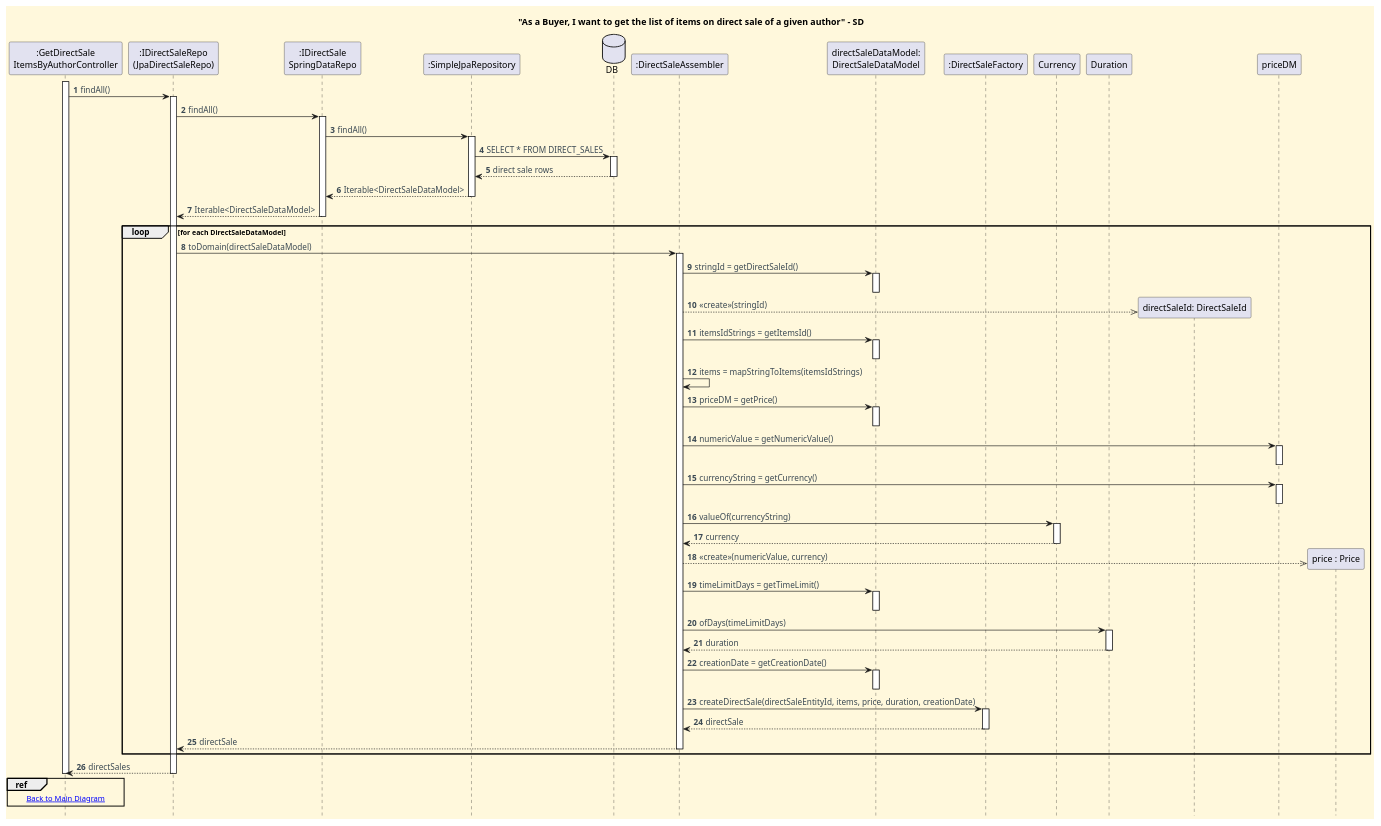
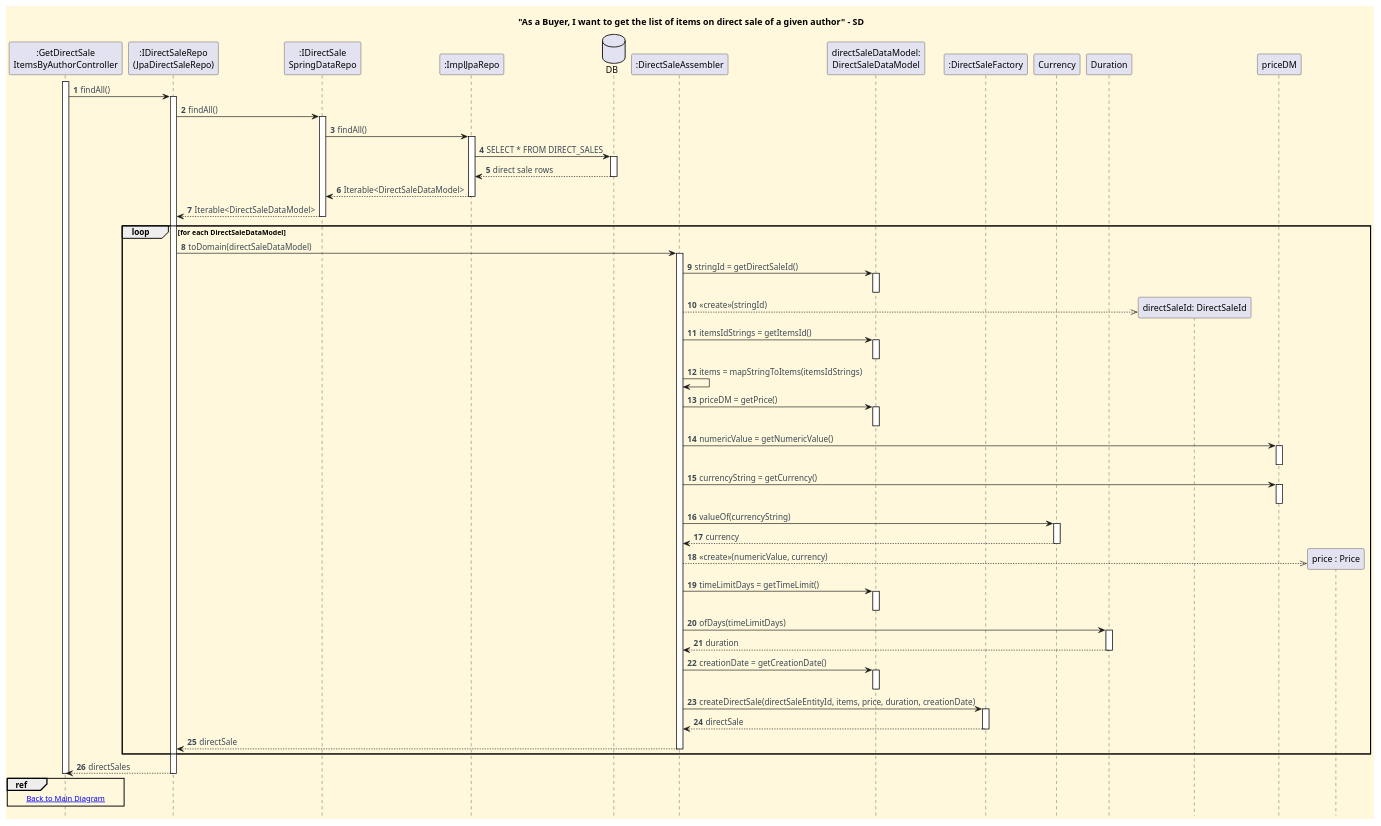
The diagram in docs/functionalities/buyer/get-list-of-items-on-direct-sale-of-given-author/sd-ref-diagrams/Get_DirectSale_Items.puml (CarolinaLeite-collab/JavaMarketplacePlatform), drawn with PlantUML before and after one commit. The commit also changed 4 other files, not shown here.

Commit message:
docs: adds to update direct sale SDs and add repository reference diagrams (#688)

```diff
--- a/docs/functionalities/buyer/get-list-of-items-on-direct-sale-of-given-author/sd-ref-diagrams/Get_DirectSale_Items.puml
+++ b/docs/functionalities/buyer/get-list-of-items-on-direct-sale-of-given-author/sd-ref-diagrams/Get_DirectSale_Items.puml
@@ -1,116 +1,116 @@
 @startuml
 title "As a Buyer, I want to get the list of items on direct sale of a given author" - SD
 
 skinparam monochrome false
 skinparam shadowing false
 skinparam defaultFontName Futura
 skinparam objectFontSize 20
 skinparam backgroundColor CornSilk
 skinparam objectBackgroundColor WhiteSmoke
 skinparam noteBackgroundColor #FFFFE0
 skinparam ArrowFontColor #3B4953
 skinparam ActivationBackgroundColor black
 hidefootbox
 autonumber
 
 participant ":GetDirectSale\nItemsByAuthorController" as CTL
 participant ":IDirectSaleRepo\n(JpaDirectSaleRepo)" as JpaRepo
 participant ":IDirectSale\nSpringDataRepo" as SpringRepo
-participant ":SimpleJpaRepository" as JpaImpl
+participant ":ImplJpaRepo" as JpaImpl
 database "DB" as DB
 participant ":DirectSaleAssembler" as Ass
 participant "directSaleDataModel:\nDirectSaleDataModel" as directSaleDataModel
 participant ":DirectSaleFactory" as factory
 participant "Currency" as Currency
 participant "Duration" as Duration
 
 activate CTL
 
 CTL -> JpaRepo : findAll()
 activate JpaRepo
 
 JpaRepo -> SpringRepo : findAll()
 activate SpringRepo
 
 SpringRepo -> JpaImpl : findAll()
 activate JpaImpl
 
 JpaImpl -> DB : SELECT * FROM DIRECT_SALES
 activate DB
 DB --> JpaImpl : direct sale rows
 deactivate DB
 
 JpaImpl --> SpringRepo : Iterable<DirectSaleDataModel>
 deactivate JpaImpl
 
 SpringRepo --> JpaRepo : Iterable<DirectSaleDataModel>
 deactivate SpringRepo
 
 loop for each DirectSaleDataModel
     JpaRepo -> Ass : toDomain(directSaleDataModel)
     activate Ass
 
     Ass -> directSaleDataModel : stringId = getDirectSaleId()
     activate directSaleDataModel
     deactivate directSaleDataModel
 
     create "directSaleId: DirectSaleId"
     Ass -->> "directSaleId: DirectSaleId" : <<create>>(stringId)
 
     Ass -> directSaleDataModel : itemsIdStrings = getItemsId()
     activate directSaleDataModel
     deactivate directSaleDataModel
 
     Ass -> Ass : items = mapStringToItems(itemsIdStrings)
 
     Ass -> directSaleDataModel : priceDM = getPrice()
     activate directSaleDataModel
     deactivate directSaleDataModel
 
     Ass -> priceDM : numericValue = getNumericValue()
     activate priceDM
     deactivate priceDM
 
     Ass -> priceDM : currencyString = getCurrency()
     activate priceDM
     deactivate priceDM
 
     Ass -> Currency : valueOf(currencyString)
     activate Currency
     Currency --> Ass : currency
     deactivate Currency
 
     create "price : Price"
     Ass -->> "price : Price" : <<create>>(numericValue, currency)
 
     Ass -> directSaleDataModel : timeLimitDays = getTimeLimit()
     activate directSaleDataModel
     deactivate directSaleDataModel
 
     Ass -> Duration : ofDays(timeLimitDays)
     activate Duration
     Duration --> Ass : duration
     deactivate Duration
 
     Ass -> directSaleDataModel : creationDate = getCreationDate()
     activate directSaleDataModel
     deactivate directSaleDataModel
 
     Ass -> factory : createDirectSale(directSaleEntityId, items, price, duration, creationDate)
     activate factory
     factory --> Ass : directSale
     deactivate factory
 
     Ass --> JpaRepo : directSale
     deactivate Ass
 end
 
 JpaRepo --> CTL : directSales
 deactivate JpaRepo
 deactivate CTL
 
 ref over CTL
 [[../Get_List_of_Items_On_Direct_Sale_Of_Given_Author_SD_3.puml Back to Main Diagram]]
 end ref
 
 @enduml
```
